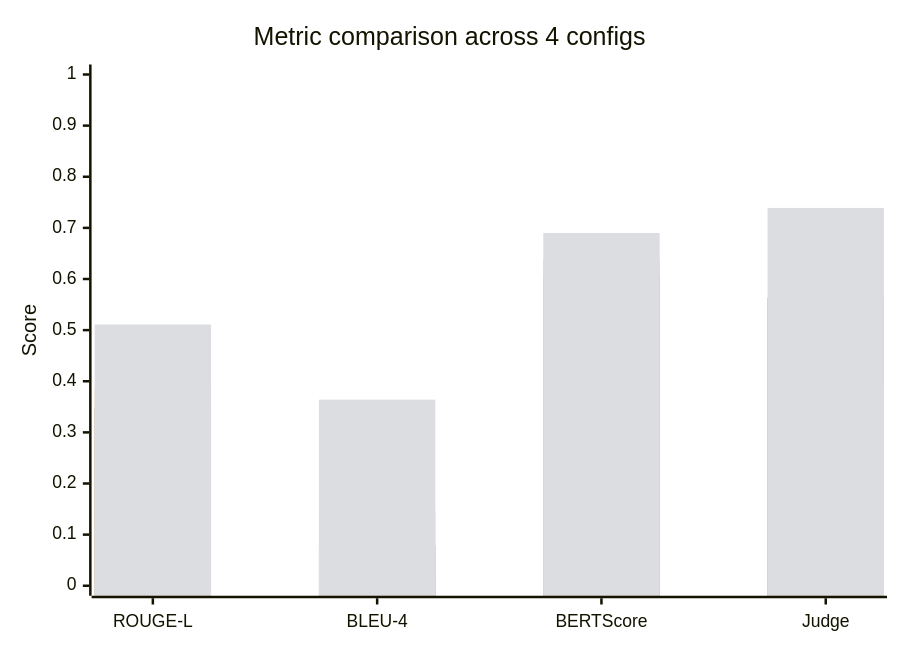
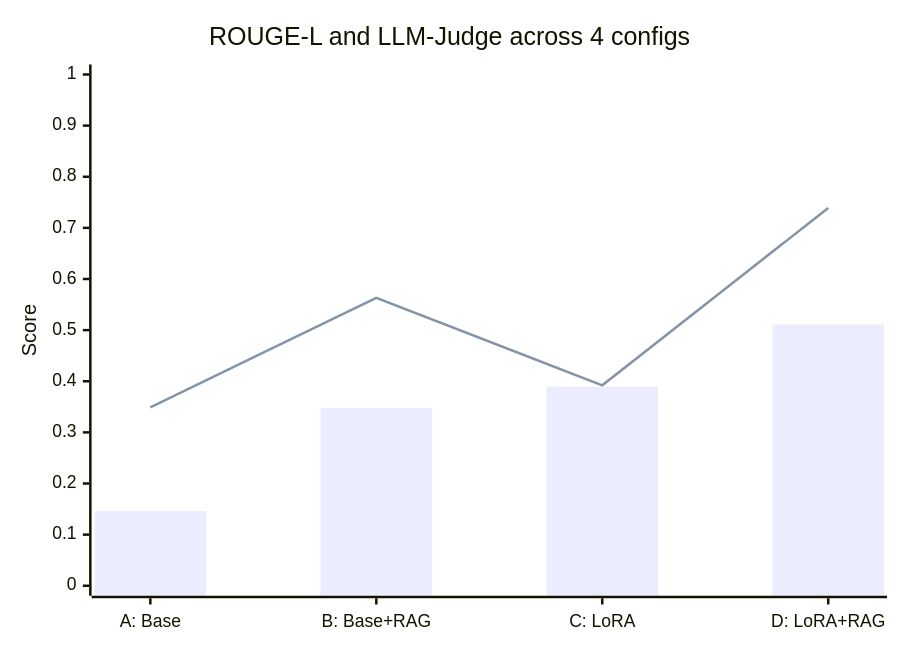
Before and after one commit to Anakonkai01/nlp-traffic-laws: diagram 11 of 13 in docs/NLP_REPORT_EN_DEEP.md, drawn with Mermaid. The commit also changed other lines of this file and 49 other files, not shown here.

Commit message:
Refine deep-dive report: chunking examples, MNR fine-tune explanation with examples, retrieval/ablation charts

````diff
--- a/docs/NLP_REPORT_EN_DEEP.md
+++ b/docs/NLP_REPORT_EN_DEEP.md
@@ -397,10 +665,8 @@
 ```mermaid
 xychart-beta
-    title "Metric comparison across 4 configs"
-    x-axis ["ROUGE-L", "BLEU-4", "BERTScore", "Judge"]
+    title "ROUGE-L and LLM-Judge across 4 configs"
+    x-axis ["A: Base", "B: Base+RAG", "C: LoRA", "D: LoRA+RAG"]
     y-axis "Score" 0 --> 1
-    bar [0.146, 0.019, 0.548, 0.349]
-    bar [0.348, 0.079, 0.607, 0.563]
-    bar [0.389, 0.146, 0.638, 0.392]
-    bar [0.511, 0.364, 0.690, 0.739]
+    bar [0.146, 0.348, 0.389, 0.511]
+    line [0.349, 0.563, 0.392, 0.739]
 ```
````
